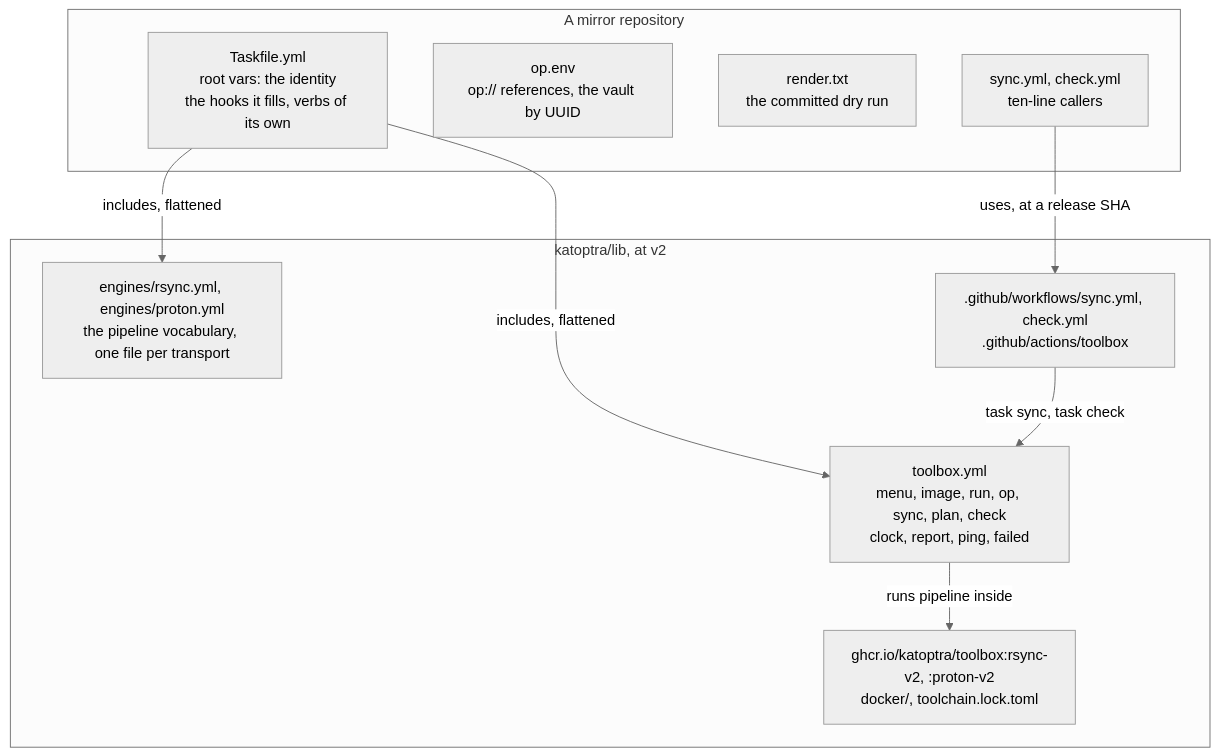
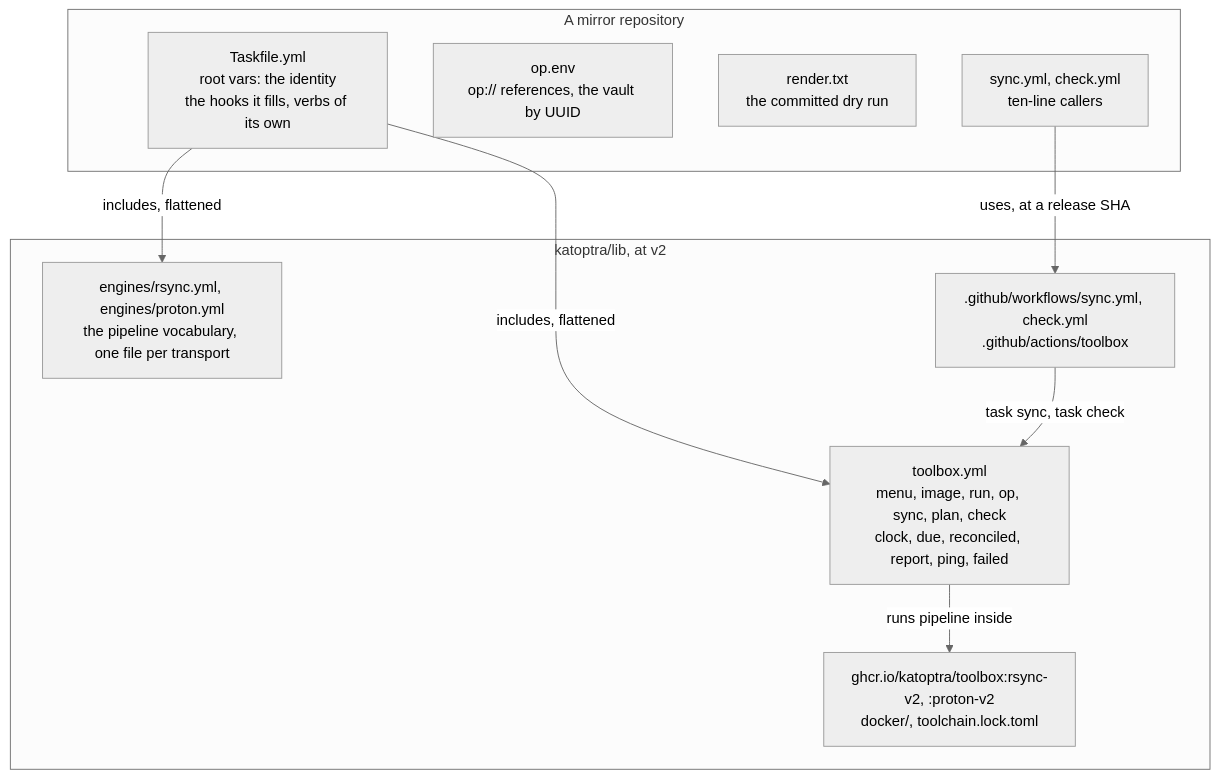
One commit to katoptra/lib changed the second of 12 diagrams in README.md. Above: the diagram before and after it, drawn with Mermaid (neutral theme). The commit also changed other lines of this file and 6 other files, not shown here.

````diff
--- a/README.md
+++ b/README.md
@@ -62,20 +62,20 @@
 ```mermaid
 flowchart TB
   subgraph mirror["A mirror repository"]
     tf["Taskfile.yml<br/>root vars: the identity<br/>the hooks it fills, verbs of its own"]
     opv["op.env<br/>op:// references, the vault by UUID"]
     rt["render.txt<br/>the committed dry run"]
     cw["sync.yml, check.yml<br/>ten-line callers"]
   end
   subgraph lib["katoptra/lib, at v2"]
-    tb["toolbox.yml<br/>menu, image, run, op, sync, plan, check<br/>clock, report, ping, failed"]
+    tb["toolbox.yml<br/>menu, image, run, op, sync, plan, check<br/>clock, due, reconciled, report, ping, failed"]
     en["engines/rsync.yml, engines/proton.yml<br/>the pipeline vocabulary, one file per transport"]
     im["ghcr.io/katoptra/toolbox:rsync-v2, :proton-v2<br/>docker/, toolchain.lock.toml"]
     wf[".github/workflows/sync.yml, check.yml<br/>.github/actions/toolbox"]
   end
   tf -- "includes, flattened" --> tb
   tf -- "includes, flattened" --> en
   tb -- "runs pipeline inside" --> im
   cw -- "uses, at a release SHA" --> wf
   wf -- "task sync, task check" --> tb
 ```
````
